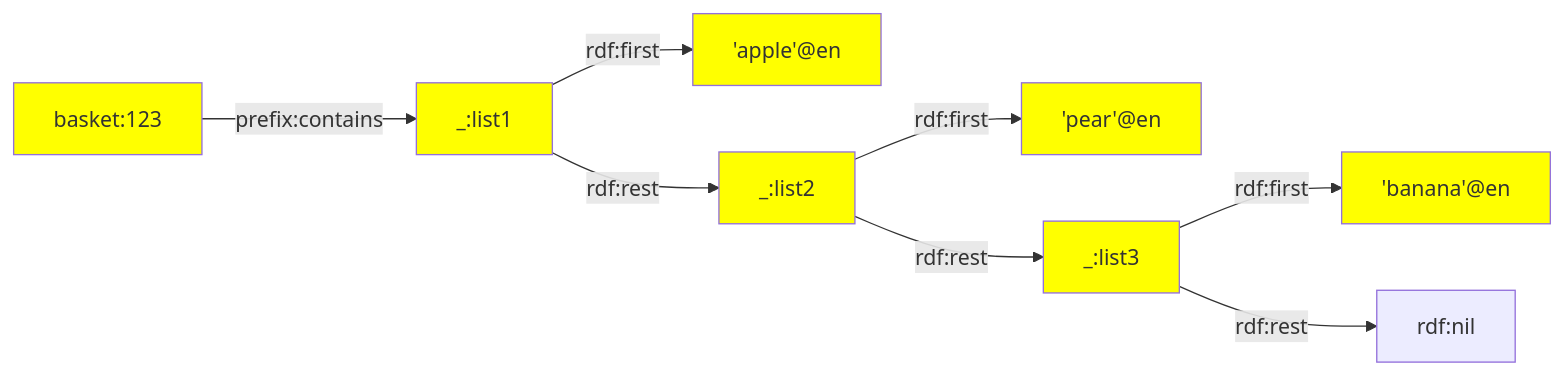
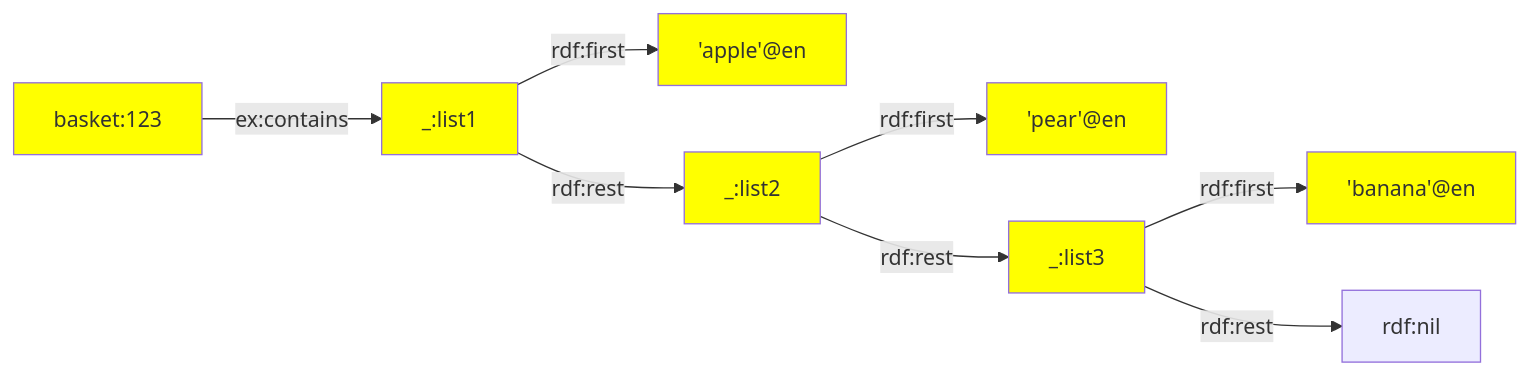
Before and after one commit to TriplyDB/Documentation: the fourth of 9 diagrams in docs/triply-etl/assert/ratt/index.md, drawn with Mermaid.

Commit message:
Updated prefix

````diff
--- a/docs/triply-etl/assert/ratt/index.md
+++ b/docs/triply-etl/assert/ratt/index.md
@@ -289,22 +289,22 @@
 ```mermaid
 graph LR
-basket -- prefix:contains -->  list1
+basket -- ex:contains -->  list1
 
 list1 -- rdf:first --> apple
 list1 -- rdf:rest -->  list2
 
 list2 -- rdf:first --> pear
 list2 --  rdf:rest --> list3
 
 list3 -- rdf:first --> banana
 list3 --  rdf:rest --> rdf:nil
 
 apple["'apple'@en"]:::data
 list1[_:list1]:::data
 list2[_:list2]:::data
 list3[_:list3]:::data
 banana["'banana'@en"]:::data
 basket[basket:123]:::data
 pear["'pear'@en"]:::data
 classDef data fill:yellow
 ```
````
